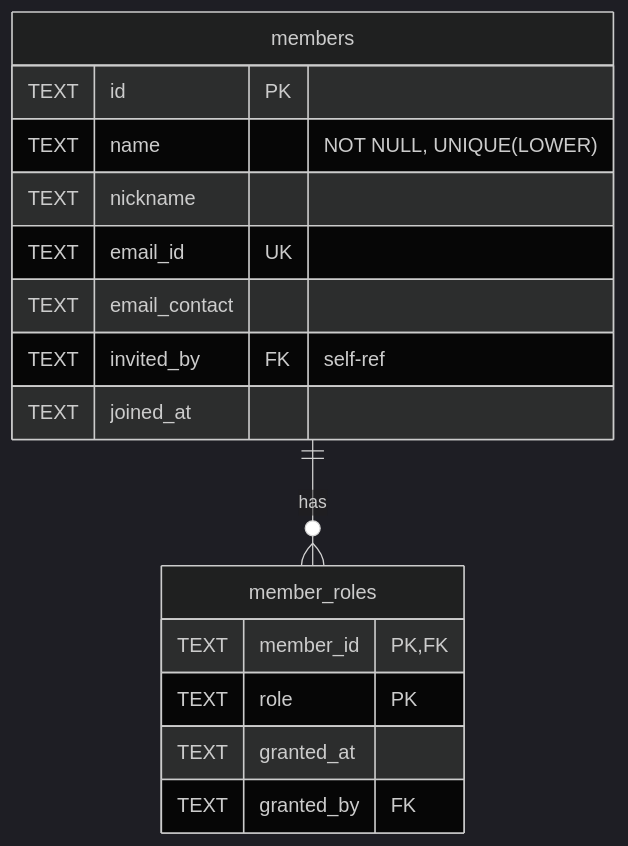
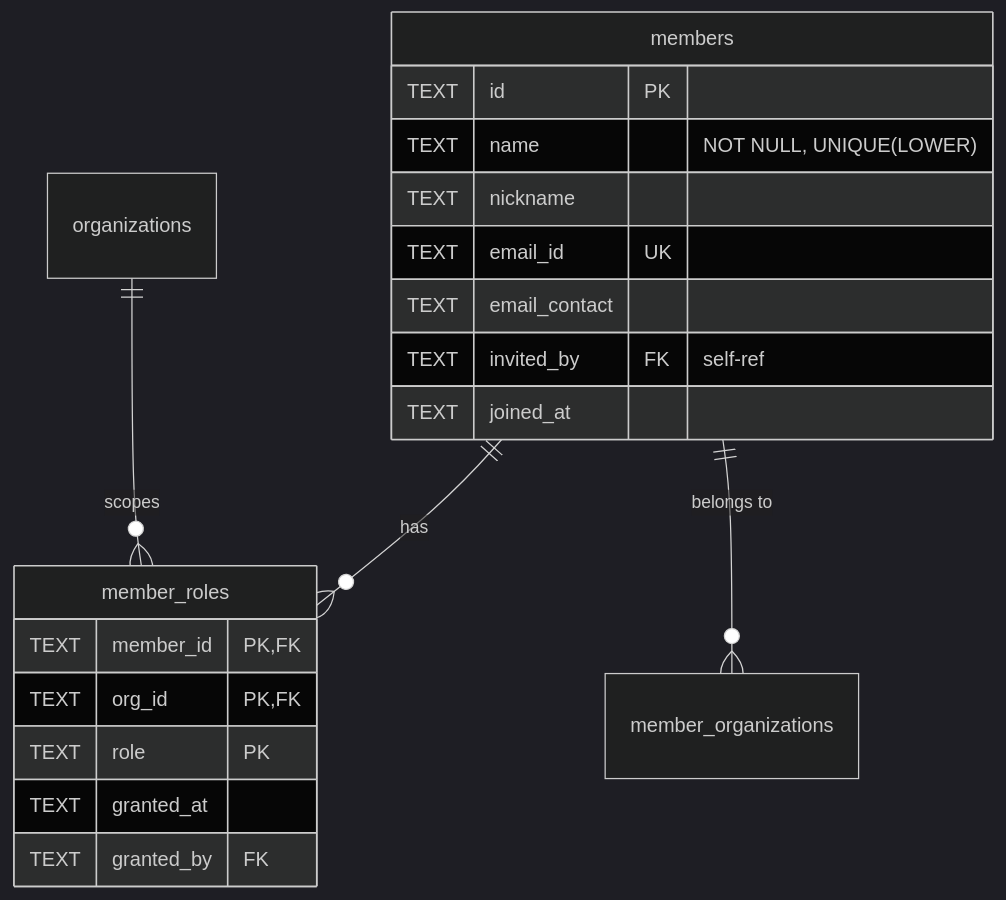
Before and after one commit to mitselek/polyphony: the second of 9 diagrams in docs/DATABASE-SCHEMA.md, drawn with Mermaid (dark theme). The commit also changed other lines of this file, not shown here.

First line of the commit message:
docs: rewrite DATABASE-SCHEMA.md for Schema V2

````diff
--- a/docs/DATABASE-SCHEMA.md
+++ b/docs/DATABASE-SCHEMA.md
@@ -9,21 +111,24 @@
 ```mermaid
 erDiagram
     members ||--o{ member_roles : "has"
+    members ||--o{ member_organizations : "belongs to"
+    organizations ||--o{ member_roles : "scopes"
 
     members {
         TEXT id PK
         TEXT name "NOT NULL, UNIQUE(LOWER)"
         TEXT nickname
         TEXT email_id UK
         TEXT email_contact
         TEXT invited_by FK "self-ref"
         TEXT joined_at
     }
 
     member_roles {
         TEXT member_id PK,FK
+        TEXT org_id PK,FK
         TEXT role PK
         TEXT granted_at
         TEXT granted_by FK
     }
 ```
````
